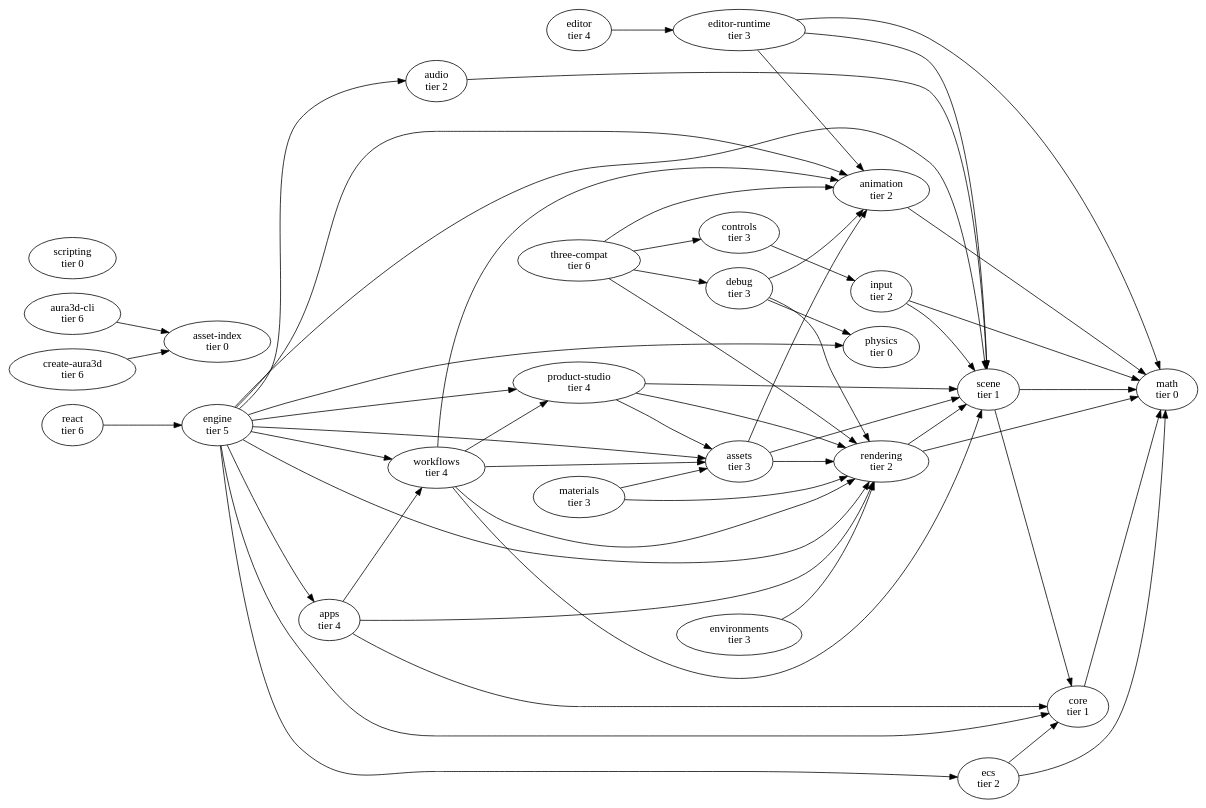
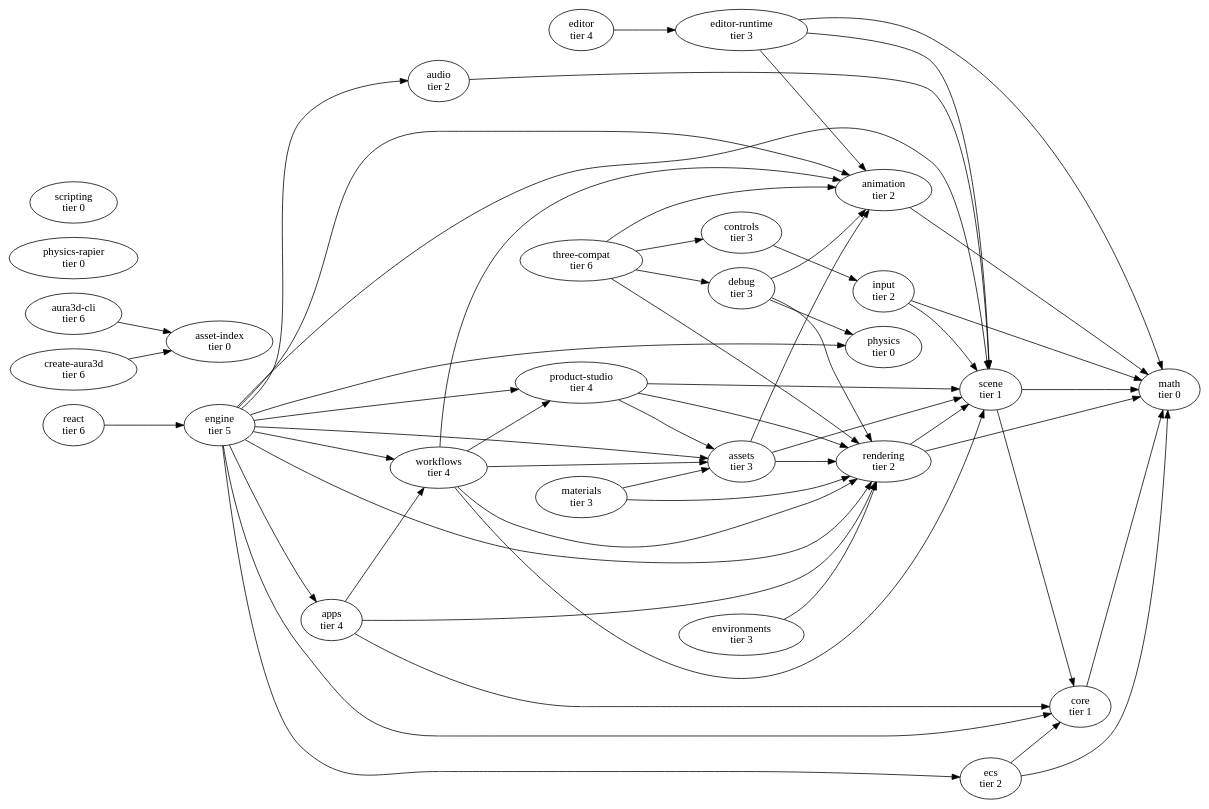
The diagram in docs/architecture/package-graph.dot (auraoneai/aura3d), drawn with Graphviz before and after one commit. The commit also changed 27 other files, not shown here.

```diff
--- a/docs/architecture/package-graph.dot
+++ b/docs/architecture/package-graph.dot
@@ -1,83 +1,84 @@
 digraph aura3d {
   rankdir=LR;
   "animation" [label="animation\ntier 2"];
   "animation" -> "math";
   "apps" [label="apps\ntier 4"];
   "apps" -> "core";
   "apps" -> "rendering";
   "apps" -> "workflows";
   "asset-index" [label="asset-index\ntier 0"];
   "assets" [label="assets\ntier 3"];
   "assets" -> "animation";
   "assets" -> "rendering";
   "assets" -> "scene";
   "audio" [label="audio\ntier 2"];
   "audio" -> "scene";
   "aura3d-cli" [label="aura3d-cli\ntier 6"];
   "aura3d-cli" -> "asset-index";
   "controls" [label="controls\ntier 3"];
   "controls" -> "input";
   "core" [label="core\ntier 1"];
   "core" -> "math";
   "create-aura3d" [label="create-aura3d\ntier 6"];
   "create-aura3d" -> "asset-index";
   "debug" [label="debug\ntier 3"];
   "debug" -> "animation";
   "debug" -> "physics";
   "debug" -> "rendering";
   "ecs" [label="ecs\ntier 2"];
   "ecs" -> "core";
   "ecs" -> "math";
   "editor" [label="editor\ntier 4"];
   "editor" -> "editor-runtime";
   "editor-runtime" [label="editor-runtime\ntier 3"];
   "editor-runtime" -> "animation";
   "editor-runtime" -> "math";
   "editor-runtime" -> "scene";
   "engine" [label="engine\ntier 5"];
   "engine" -> "animation";
   "engine" -> "apps";
   "engine" -> "assets";
   "engine" -> "audio";
   "engine" -> "core";
   "engine" -> "ecs";
   "engine" -> "physics";
   "engine" -> "product-studio";
   "engine" -> "rendering";
   "engine" -> "scene";
   "engine" -> "workflows";
   "environments" [label="environments\ntier 3"];
   "environments" -> "rendering";
   "input" [label="input\ntier 2"];
   "input" -> "math";
   "input" -> "scene";
   "materials" [label="materials\ntier 3"];
   "materials" -> "assets";
   "materials" -> "rendering";
   "math" [label="math\ntier 0"];
   "physics" [label="physics\ntier 0"];
+  "physics-rapier" [label="physics-rapier\ntier 0"];
   "product-studio" [label="product-studio\ntier 4"];
   "product-studio" -> "assets";
   "product-studio" -> "rendering";
   "product-studio" -> "scene";
   "react" [label="react\ntier 6"];
   "react" -> "engine";
   "rendering" [label="rendering\ntier 2"];
   "rendering" -> "math";
   "rendering" -> "scene";
   "scene" [label="scene\ntier 1"];
   "scene" -> "core";
   "scene" -> "math";
   "scripting" [label="scripting\ntier 0"];
   "three-compat" [label="three-compat\ntier 6"];
   "three-compat" -> "animation";
   "three-compat" -> "controls";
   "three-compat" -> "debug";
   "three-compat" -> "rendering";
   "workflows" [label="workflows\ntier 4"];
   "workflows" -> "animation";
   "workflows" -> "assets";
   "workflows" -> "product-studio";
   "workflows" -> "rendering";
   "workflows" -> "scene";
 }
```
